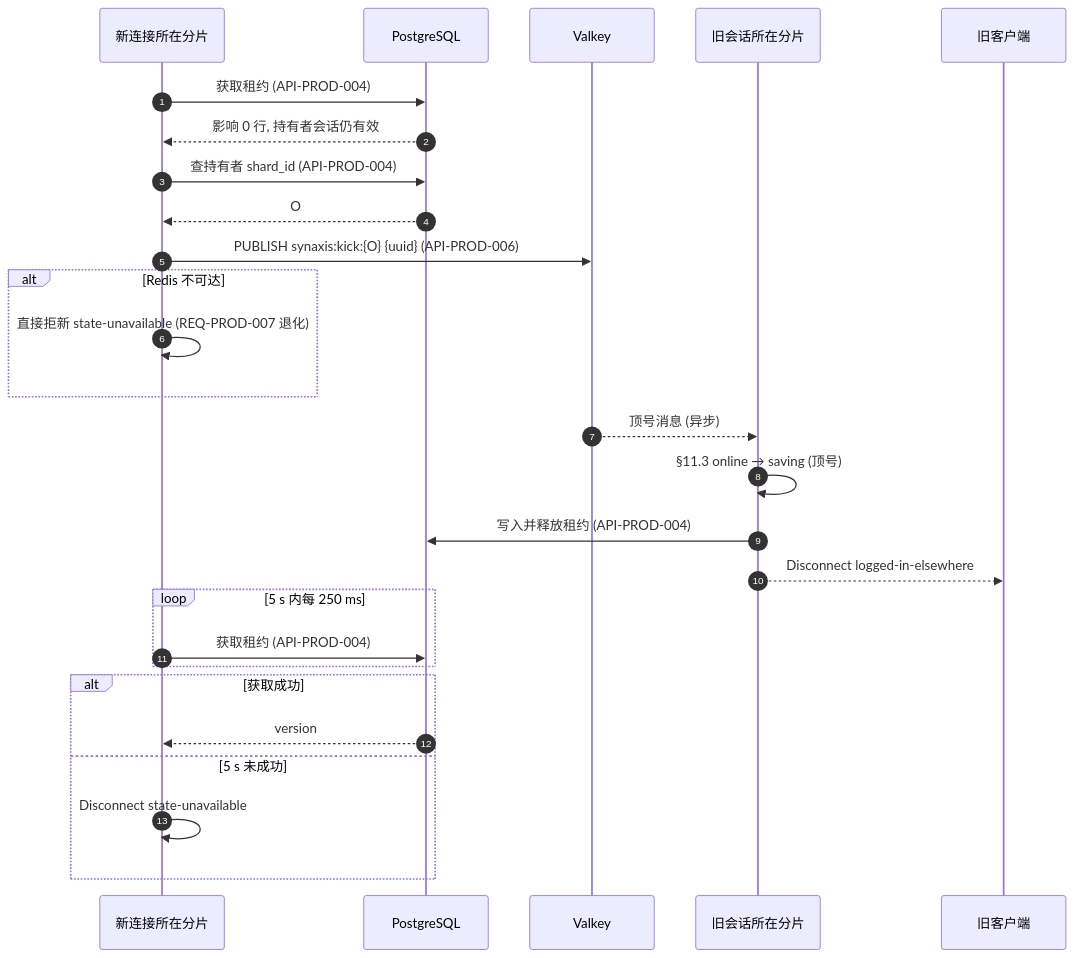
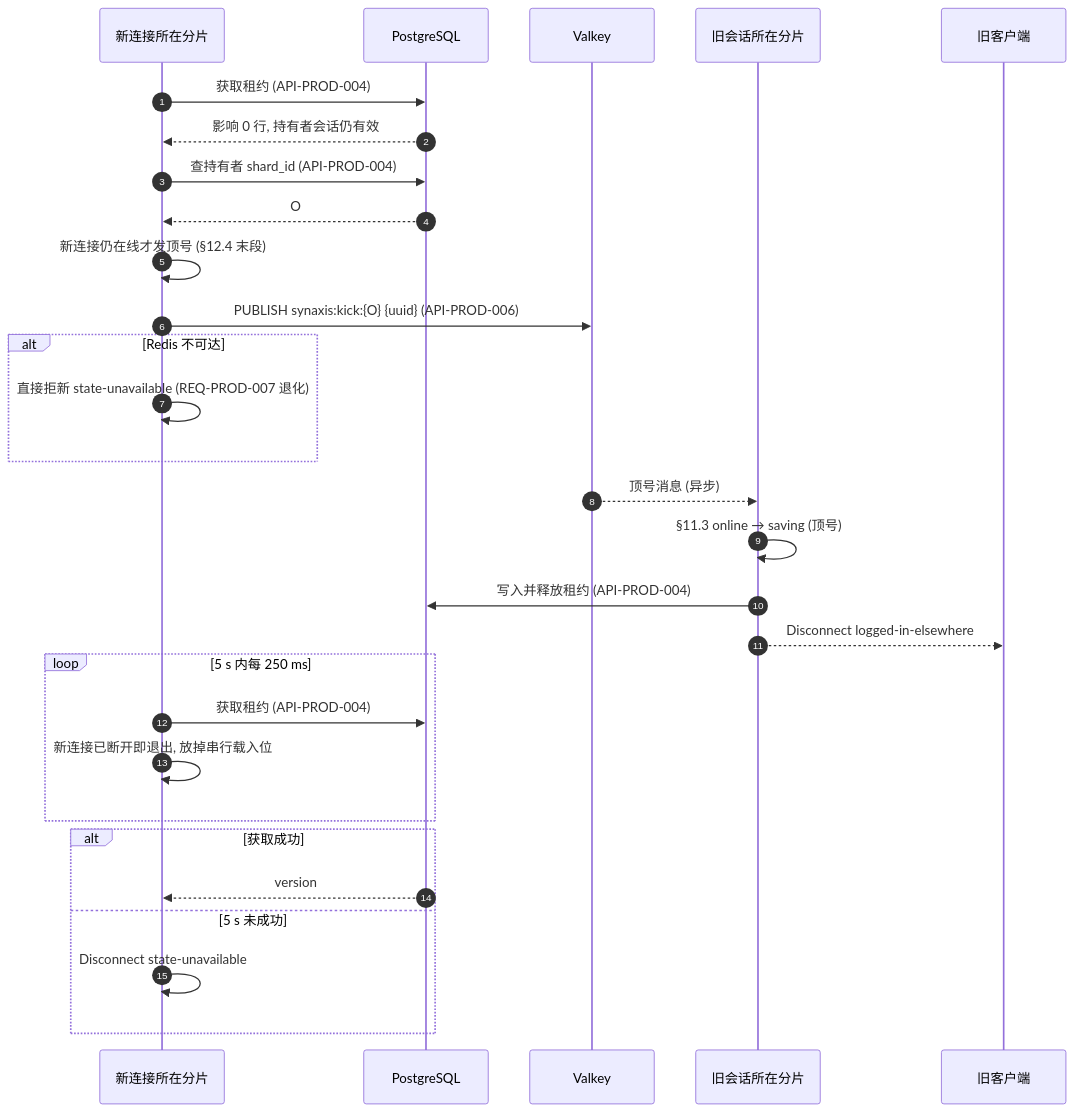
Before and after one commit to Bearisbug/synaxis: diagram 11 of 12 in docs/DESIGN-PROD.md, drawn with Mermaid. The commit also changed other lines of this file and 1 other file, not shown here.

````diff
--- a/docs/DESIGN-PROD.md
+++ b/docs/DESIGN-PROD.md
@@ -1105,29 +1135,31 @@
 ```mermaid
 sequenceDiagram
   autonumber
   participant N as 新连接所在分片
   participant P as PostgreSQL
   participant R as Valkey
   participant O as 旧会话所在分片
   participant OC as 旧客户端
   N->>P: 获取租约 (API-PROD-004)
   P-->>N: 影响 0 行, 持有者会话仍有效
   N->>P: 查持有者 shard_id (API-PROD-004)
   P-->>N: O
+  N->>N: 新连接仍在线才发顶号 (§12.4 末段)
   N->>R: PUBLISH synaxis:kick:{O} {uuid} (API-PROD-006)
   alt Redis 不可达
     N->>N: 直接拒新 state-unavailable (REQ-PROD-007 退化)
   end
   R-->>O: 顶号消息 (异步)
   O->>O: §11.3 online → saving (顶号)
   O->>P: 写入并释放租约 (API-PROD-004)
   O-->>OC: Disconnect logged-in-elsewhere
   loop 5 s 内每 250 ms
     N->>P: 获取租约 (API-PROD-004)
+    N->>N: 新连接已断开即退出, 放掉串行载入位
   end
   alt 获取成功
     P-->>N: version
   else 5 s 未成功
     N->>N: Disconnect state-unavailable
   end
 ```
````
